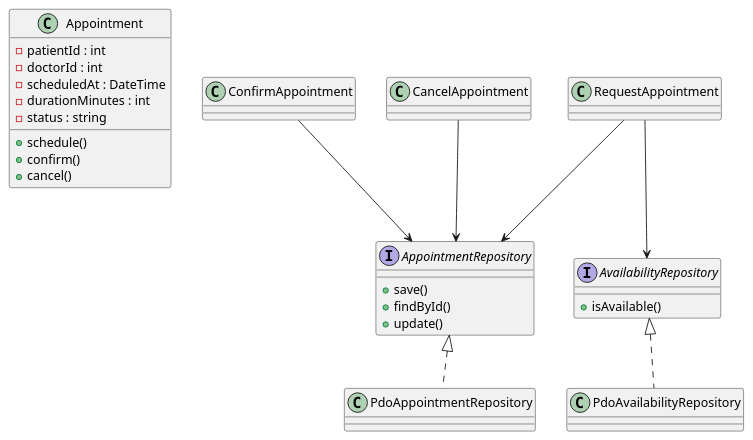
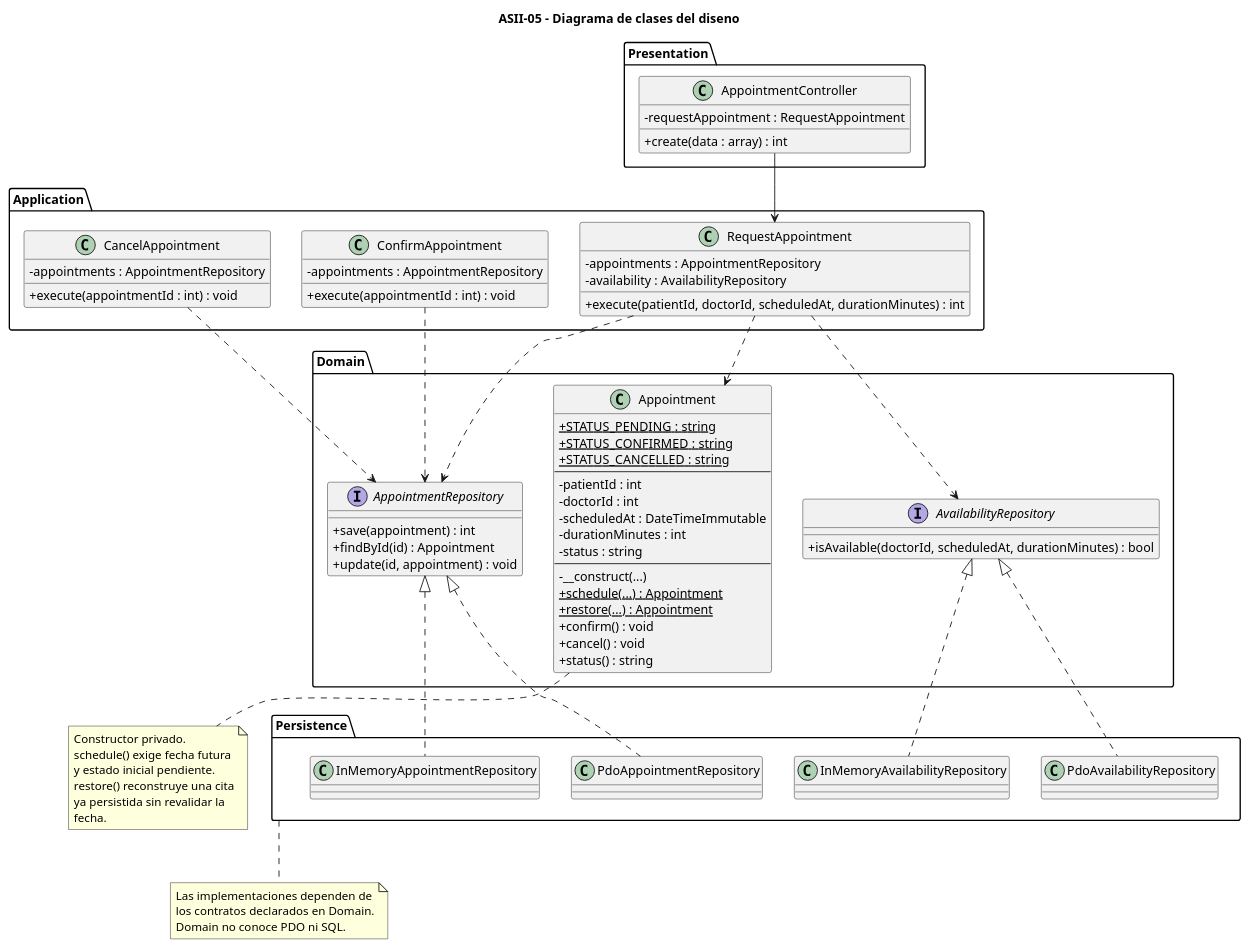
The diagram in docs/modulos/mod05/diagramas/clases.puml (EddCastro/micro-his-citas-medicas-agenda), drawn with PlantUML before and after one commit. The commit also changed 9 other files, not shown here.

First line of the commit message:
docs(mod05): correct UML diagrams and render exports

```diff
--- a/docs/modulos/mod05/diagramas/clases.puml
+++ b/docs/modulos/mod05/diagramas/clases.puml
@@ -1,41 +1,96 @@
 @startuml
+title ASII-05 - Diagrama de clases del diseno
 
-class Appointment {
-- patientId : int
-- doctorId : int
-- scheduledAt : DateTime
-- durationMinutes : int
-- status : string
+skinparam shadowing false
+skinparam classAttributeIconSize 0
 
-+ schedule()
-+ confirm()
-+ cancel()
+package Presentation {
+  class AppointmentController {
+    - requestAppointment : RequestAppointment
+    + create(data : array) : int
+  }
 }
 
-interface AppointmentRepository {
-+ save()
-+ findById()
-+ update()
+package Application {
+  class RequestAppointment {
+    - appointments : AppointmentRepository
+    - availability : AvailabilityRepository
+    + execute(patientId, doctorId, scheduledAt, durationMinutes) : int
+  }
+  class ConfirmAppointment {
+    - appointments : AppointmentRepository
+    + execute(appointmentId : int) : void
+  }
+  class CancelAppointment {
+    - appointments : AppointmentRepository
+    + execute(appointmentId : int) : void
+  }
 }
 
-interface AvailabilityRepository {
-+ isAvailable()
+package Domain {
+  class Appointment {
+    + {static} STATUS_PENDING : string
+    + {static} STATUS_CONFIRMED : string
+    + {static} STATUS_CANCELLED : string
+    --
+    - patientId : int
+    - doctorId : int
+    - scheduledAt : DateTimeImmutable
+    - durationMinutes : int
+    - status : string
+    --
+    - __construct(...)
+    + {static} schedule(...) : Appointment
+    + {static} restore(...) : Appointment
+    + confirm() : void
+    + cancel() : void
+    + status() : string
+  }
+
+  interface AppointmentRepository {
+    + save(appointment) : int
+    + findById(id) : Appointment
+    + update(id, appointment) : void
+  }
+
+  interface AvailabilityRepository {
+    + isAvailable(doctorId, scheduledAt, durationMinutes) : bool
+  }
 }
 
-class RequestAppointment
-class ConfirmAppointment
-class CancelAppointment
+package Persistence {
+  class PdoAppointmentRepository
+  class PdoAvailabilityRepository
+  class InMemoryAppointmentRepository
+  class InMemoryAvailabilityRepository
+}
 
-class PdoAppointmentRepository
-class PdoAvailabilityRepository
+AppointmentController --> RequestAppointment
+
+RequestAppointment ..> AppointmentRepository
+RequestAppointment ..> AvailabilityRepository
+RequestAppointment ..> Appointment
+ConfirmAppointment ..> AppointmentRepository
+CancelAppointment ..> AppointmentRepository
 
 AppointmentRepository <|.. PdoAppointmentRepository
+AppointmentRepository <|.. InMemoryAppointmentRepository
 AvailabilityRepository <|.. PdoAvailabilityRepository
+AvailabilityRepository <|.. InMemoryAvailabilityRepository
 
-RequestAppointment --> AppointmentRepository
-RequestAppointment --> AvailabilityRepository
+note bottom of Appointment
+Constructor privado.
+schedule() exige fecha futura
+y estado inicial pendiente.
+restore() reconstruye una cita
+ya persistida sin revalidar la
+fecha.
+end note
 
-ConfirmAppointment --> AppointmentRepository
-CancelAppointment --> AppointmentRepository
+note bottom of Persistence
+Las implementaciones dependen de
+los contratos declarados en Domain.
+Domain no conoce PDO ni SQL.
+end note
 
 @enduml
```
